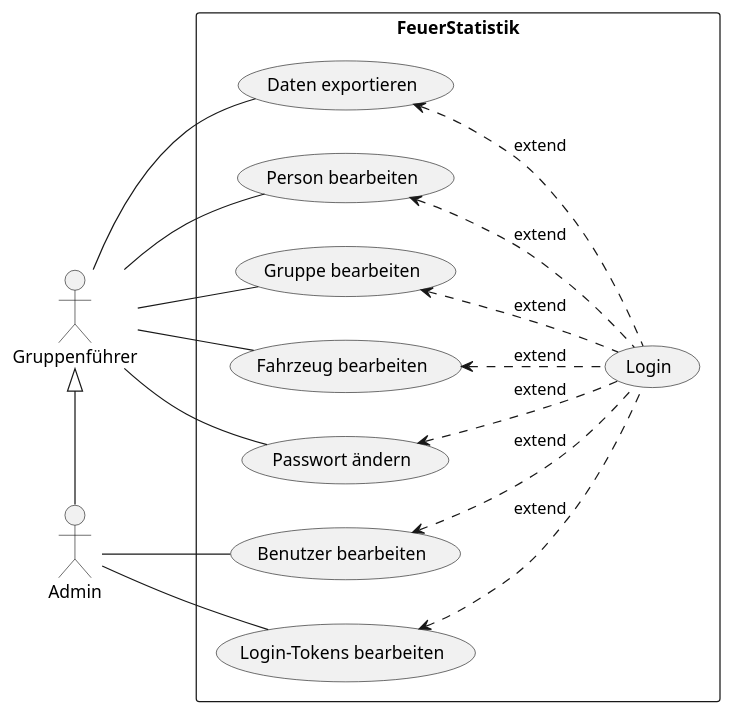
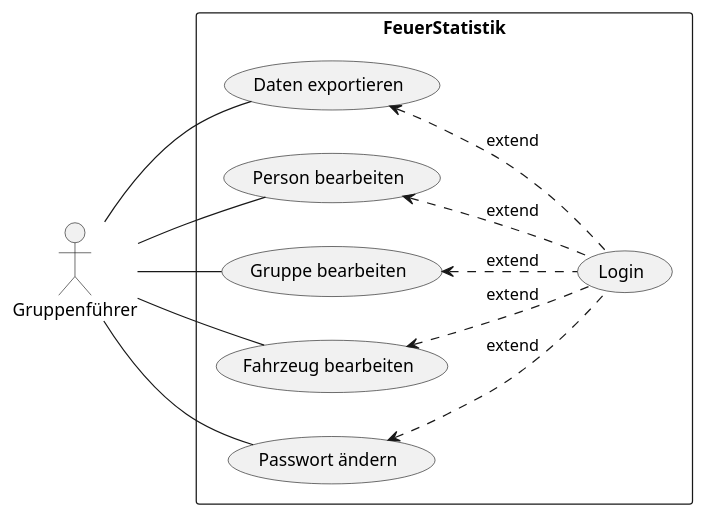
Before and after one commit to gampig/feuerwehr-app: the diagram in docs/01_Requirements/UseCases/UseCase_Administration.plantuml, drawn with PlantUML. The commit also changed 12 other files, not shown here.

```diff
--- a/docs/01_Requirements/UseCases/UseCase_Administration.plantuml
+++ b/docs/01_Requirements/UseCases/UseCase_Administration.plantuml
@@ -1,35 +1,27 @@
 @startuml
 left to right direction
 
 actor "Gruppenführer" as leader
-actor "Admin" as admin
-leader <|- admin
 
 rectangle FeuerStatistik {
     usecase "Daten exportieren" as Export
     usecase "Person bearbeiten" as EditPeople
     usecase "Gruppe bearbeiten" as EditGroups
-    usecase "Benutzer bearbeiten" as EditUsers
-    usecase "Login-Tokens bearbeiten" as EditTokens
     usecase "Fahrzeug bearbeiten" as EditVehicle
     usecase "Passwort ändern" as EditPwd
 
     usecase "Login" as Login
 
     (Export) <.. (Login) : extend
     (EditPeople) <.. (Login) : extend
     (EditGroups) <.. (Login) : extend
-    (EditUsers) <.. (Login) : extend
     (EditVehicle) <.. (Login) : extend
     (EditPwd) <.. (Login) : extend
-    (EditTokens) <.. (Login) : extend
 }
 
 leader -- (Export)
 leader -- (EditPeople)
 leader -- (EditGroups)
 leader -- (EditVehicle)
 leader -- (EditPwd)
-admin -- (EditUsers)
-admin -- (EditTokens)
 @enduml
```
